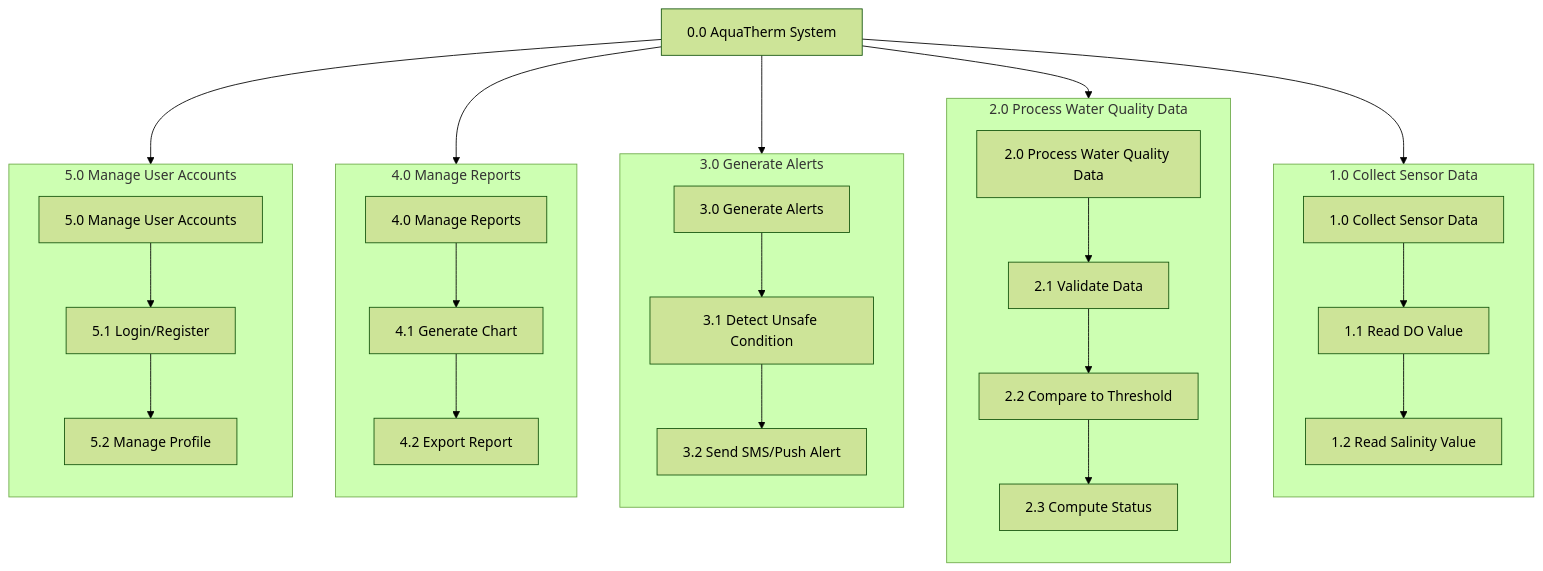
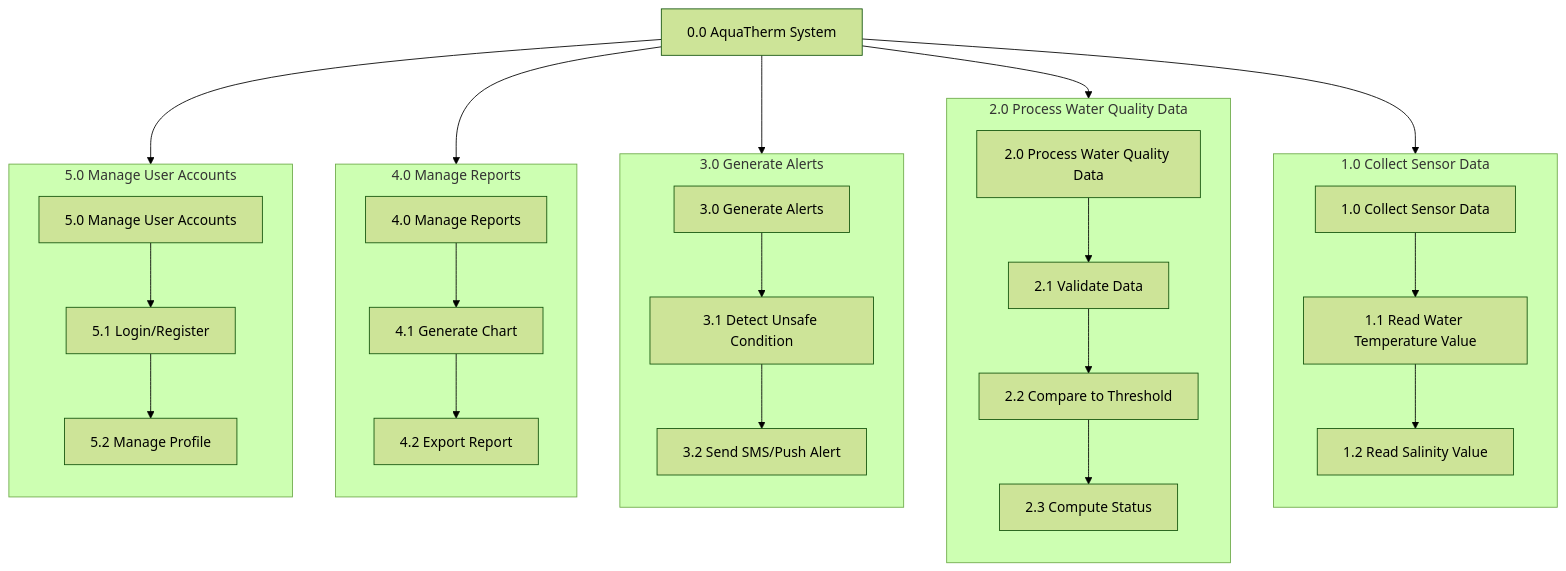
Before and after one commit to belarminoivan48-crypto/AquaTherm: the diagram in Graphs_and_Charts/03_HIPO_Diagram.md, drawn with Mermaid (forest theme). The commit also changed other lines of this file and 6 other files, not shown here.

````diff
--- a/Graphs_and_Charts/03_HIPO_Diagram.md
+++ b/Graphs_and_Charts/03_HIPO_Diagram.md
@@ -5,51 +7,51 @@
 ```mermaid
 flowchart TD
     Main[0.0 AquaTherm System]
 
     Main --> P1
     Main --> P2
     Main --> P3
     Main --> P4
     Main --> P5
 
     subgraph SG1 [1.0 Collect Sensor Data]
         direction TB
         P1[1.0 Collect Sensor Data]
-        P1a[1.1 Read DO Value]
+        P1a[1.1 Read Water Temperature Value]
         P1b[1.2 Read Salinity Value]
         P1 --> P1a --> P1b
     end
 
     subgraph SG2 [2.0 Process Water Quality Data]
         direction TB
         P2[2.0 Process Water Quality Data]
         P2a[2.1 Validate Data]
         P2b[2.2 Compare to Threshold]
         P2c[2.3 Compute Status]
         P2 --> P2a --> P2b --> P2c
     end
 
     subgraph SG3 [3.0 Generate Alerts]
         direction TB
         P3[3.0 Generate Alerts]
         P3a[3.1 Detect Unsafe Condition]
         P3b[3.2 Send SMS/Push Alert]
         P3 --> P3a --> P3b
     end
 
     subgraph SG4 [4.0 Manage Reports]
         direction TB
         P4[4.0 Manage Reports]
         P4a[4.1 Generate Chart]
         P4b[4.2 Export Report]
         P4 --> P4a --> P4b
     end
 
     subgraph SG5 [5.0 Manage User Accounts]
         direction TB
         P5[5.0 Manage User Accounts]
         P5a[5.1 Login/Register]
         P5b[5.2 Manage Profile]
         P5 --> P5a --> P5b
     end
 ```
````
